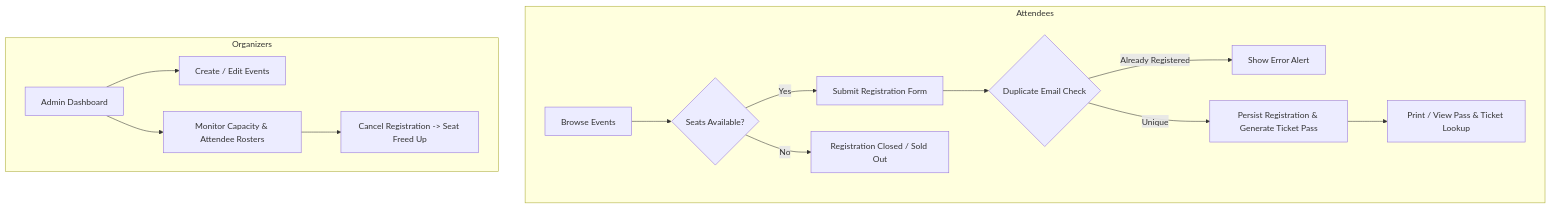
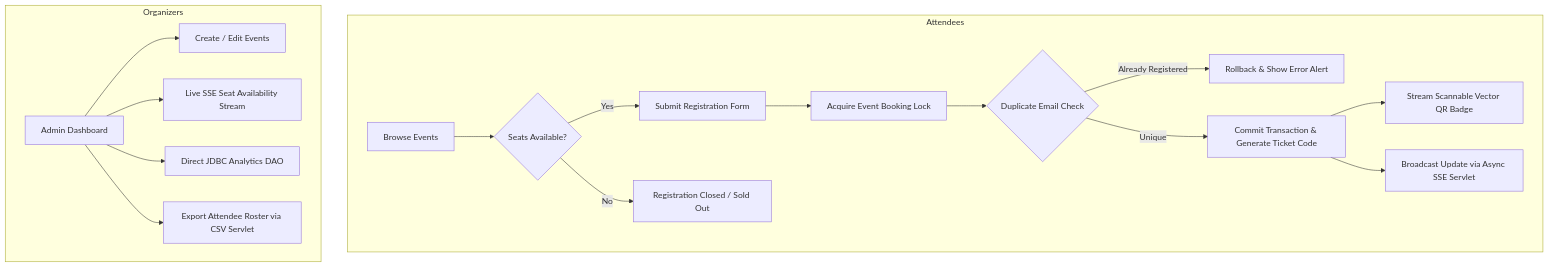
The diagram in README.md (sahilcodes-deadxnut/Event-Management-System), drawn with Mermaid before and after one commit. The commit also changed other lines of this file and 18 other files, not shown here.

````diff
--- a/README.md
+++ b/README.md
@@ -67,18 +79,21 @@
 ```mermaid
 flowchart TD
     subgraph Attendees
         A[Browse Events] --> B{Seats Available?}
         B -- Yes --> C[Submit Registration Form]
         B -- No --> D[Registration Closed / Sold Out]
-        C --> E{Duplicate Email Check}
-        E -- Already Registered --> F[Show Error Alert]
-        E -- Unique --> G[Persist Registration & Generate Ticket Pass]
-        G --> H[Print / View Pass & Ticket Lookup]
+        C --> E[Acquire Event Booking Lock]
+        E --> F{Duplicate Email Check}
+        F -- Already Registered --> G[Rollback & Show Error Alert]
+        F -- Unique --> H[Commit Transaction & Generate Ticket Code]
+        H --> I[Stream Scannable Vector QR Badge]
+        H --> J[Broadcast Update via Async SSE Servlet]
     end
 
     subgraph Organizers
         M[Admin Dashboard] --> N[Create / Edit Events]
-        M --> O[Monitor Capacity & Attendee Rosters]
-        O --> P[Cancel Registration -> Seat Freed Up]
+        M --> O[Live SSE Seat Availability Stream]
+        M --> P[Direct JDBC Analytics DAO]
+        M --> Q[Export Attendee Roster via CSV Servlet]
     end
 ```
````
